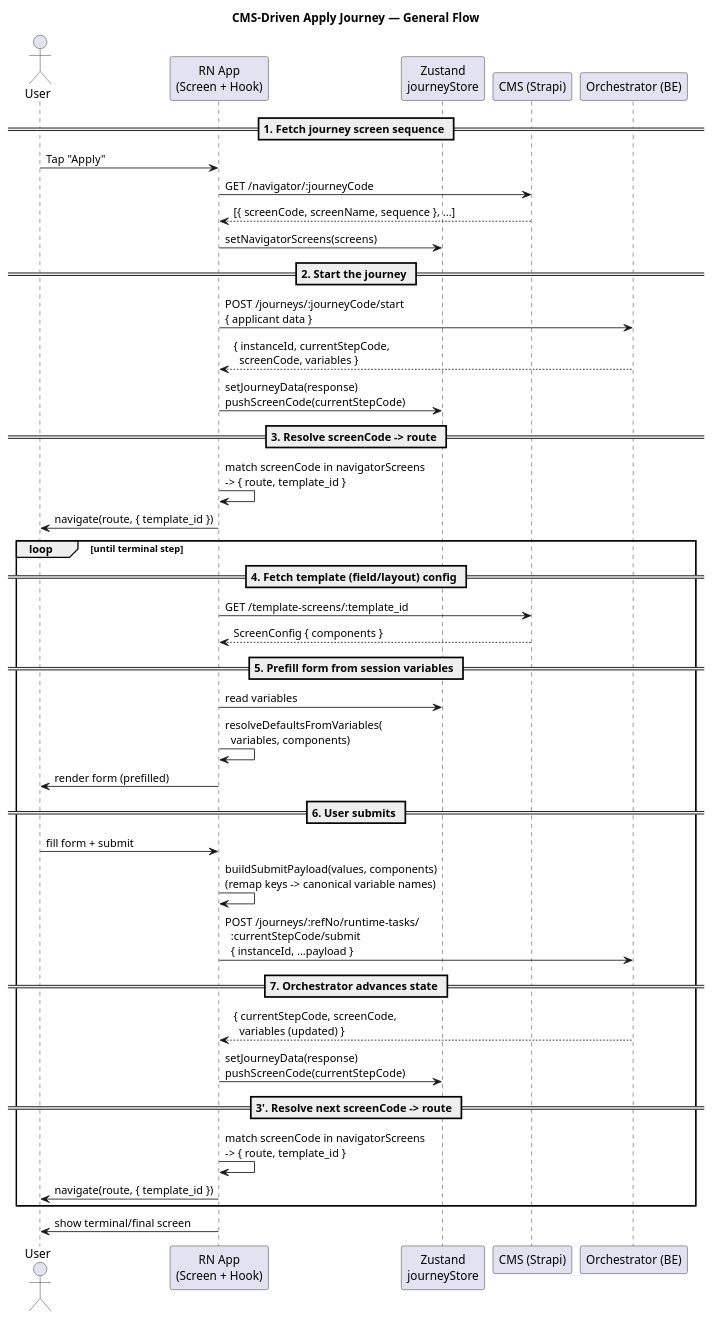
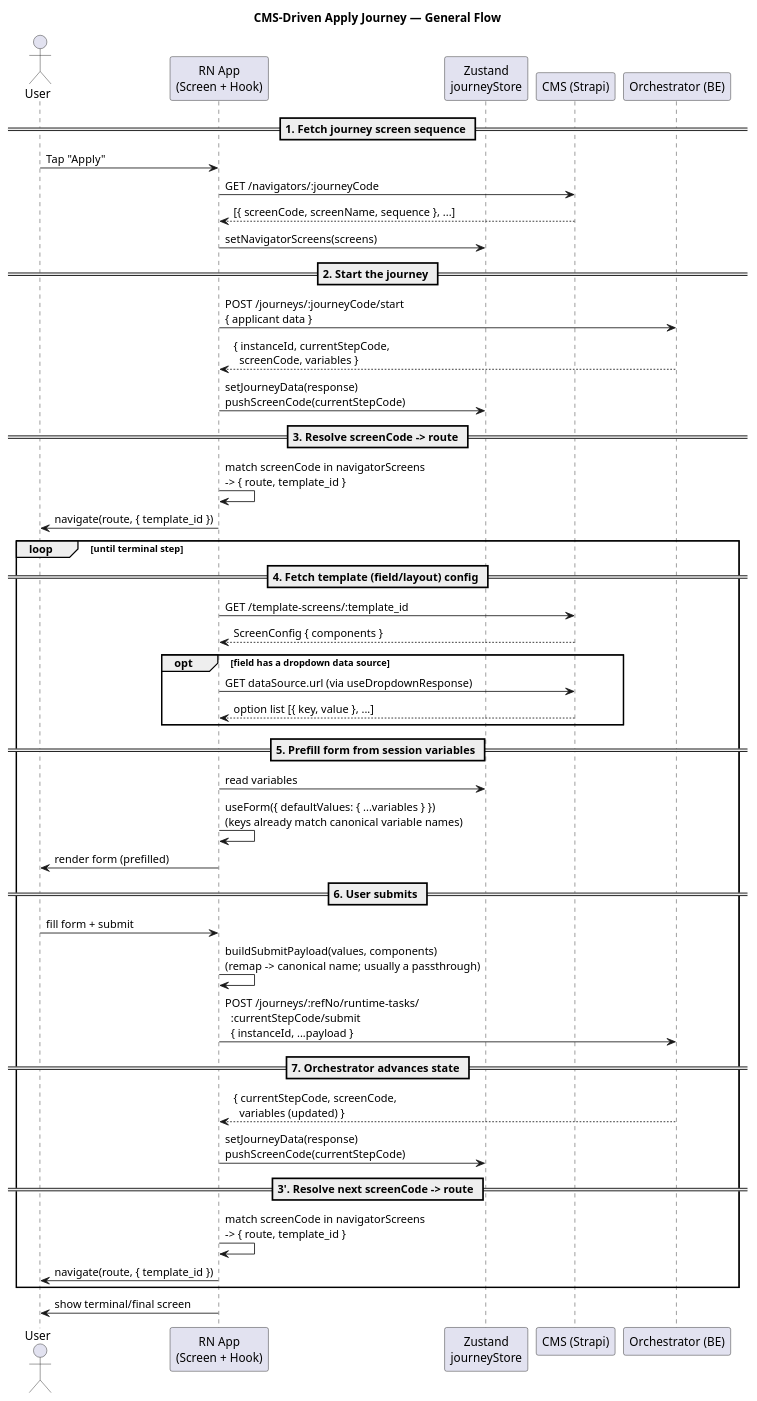
One commit to excalibur995/cep-cms-placeholder changed the diagram in docs/frontend-flow.md. Above: the diagram before and after it, drawn with PlantUML. The commit also changed other lines of this file and 17 other files, not shown here.

````diff
--- a/docs/frontend-flow.md
+++ b/docs/frontend-flow.md
@@ -54,52 +58,57 @@
 ```plantuml
 @startuml
 title CMS-Driven Apply Journey — General Flow
 
 actor User
 participant "RN App\n(Screen + Hook)" as App
 participant "Zustand\njourneyStore" as Store
 participant "CMS (Strapi)" as CMS
 participant "Orchestrator (BE)" as BE
 
 == 1. Fetch journey screen sequence ==
 User -> App: Tap "Apply"
-App -> CMS: GET /navigator/:journeyCode
+App -> CMS: GET /navigators/:journeyCode
 CMS --> App: [{ screenCode, screenName, sequence }, ...]
 App -> Store: setNavigatorScreens(screens)
 
 == 2. Start the journey ==
 App -> BE: POST /journeys/:journeyCode/start\n{ applicant data }
 BE --> App: { instanceId, currentStepCode,\n  screenCode, variables }
 App -> Store: setJourneyData(response)\npushScreenCode(currentStepCode)
 
 == 3. Resolve screenCode -> route ==
 App -> App: match screenCode in navigatorScreens\n-> { route, template_id }
 App -> User: navigate(route, { template_id })
 
 loop until terminal step
   == 4. Fetch template (field/layout) config ==
   App -> CMS: GET /template-screens/:template_id
   CMS --> App: ScreenConfig { components }
 
+  opt field has a dropdown data source
+    App -> CMS: GET dataSource.url (via useDropdownResponse)
+    CMS --> App: option list [{ key, value }, ...]
+  end
+
   == 5. Prefill form from session variables ==
   App -> Store: read variables
-  App -> App: resolveDefaultsFromVariables(\n  variables, components)
+  App -> App: useForm({ defaultValues: { ...variables } })\n(keys already match canonical variable names)
   App -> User: render form (prefilled)
 
   == 6. User submits ==
   User -> App: fill form + submit
-  App -> App: buildSubmitPayload(values, components)\n(remap keys -> canonical variable names)
+  App -> App: buildSubmitPayload(values, components)\n(remap -> canonical name; usually a passthrough)
   App -> BE: POST /journeys/:refNo/runtime-tasks/\n  :currentStepCode/submit\n  { instanceId, ...payload }
 
   == 7. Orchestrator advances state ==
   BE --> App: { currentStepCode, screenCode,\n  variables (updated) }
   App -> Store: setJourneyData(response)\npushScreenCode(currentStepCode)
 
   == 3'. Resolve next screenCode -> route ==
   App -> App: match screenCode in navigatorScreens\n-> { route, template_id }
   App -> User: navigate(route, { template_id })
 end
 
 App -> User: show terminal/final screen
 @enduml
 ```
````
